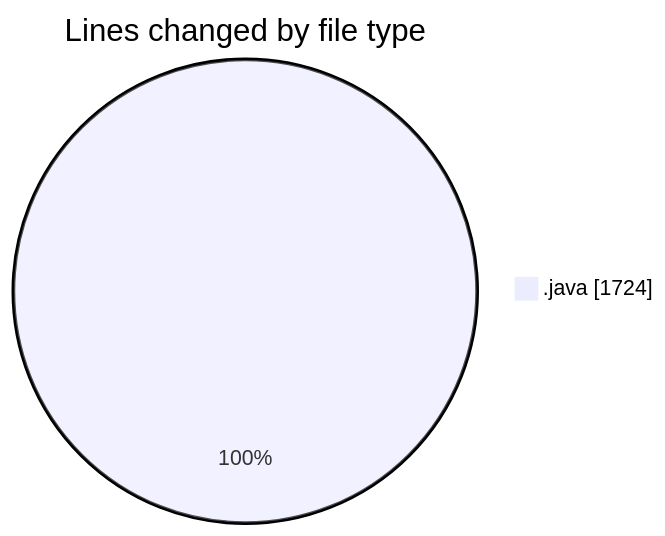
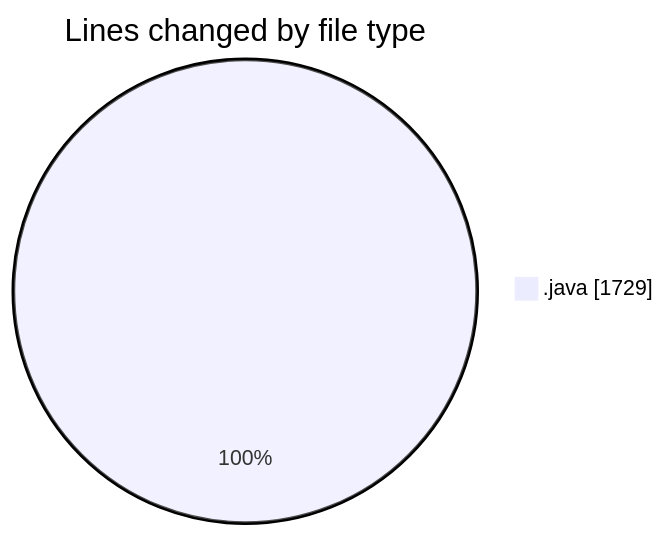
The first of 2 diagrams in 2025-02-23/micros/README.md (charlie-sans/code-tracking), drawn with Mermaid before and after one commit. The commit also changed other lines of this file and 1 other file, not shown here.

````diff
--- a/2025-02-23/micros/README.md
+++ b/2025-02-23/micros/README.md
@@ -27,5 +27,5 @@
 ```mermaid
 pie showData
 title Lines changed by file type
-".java" : 1724
+".java" : 1729
 ```
````
